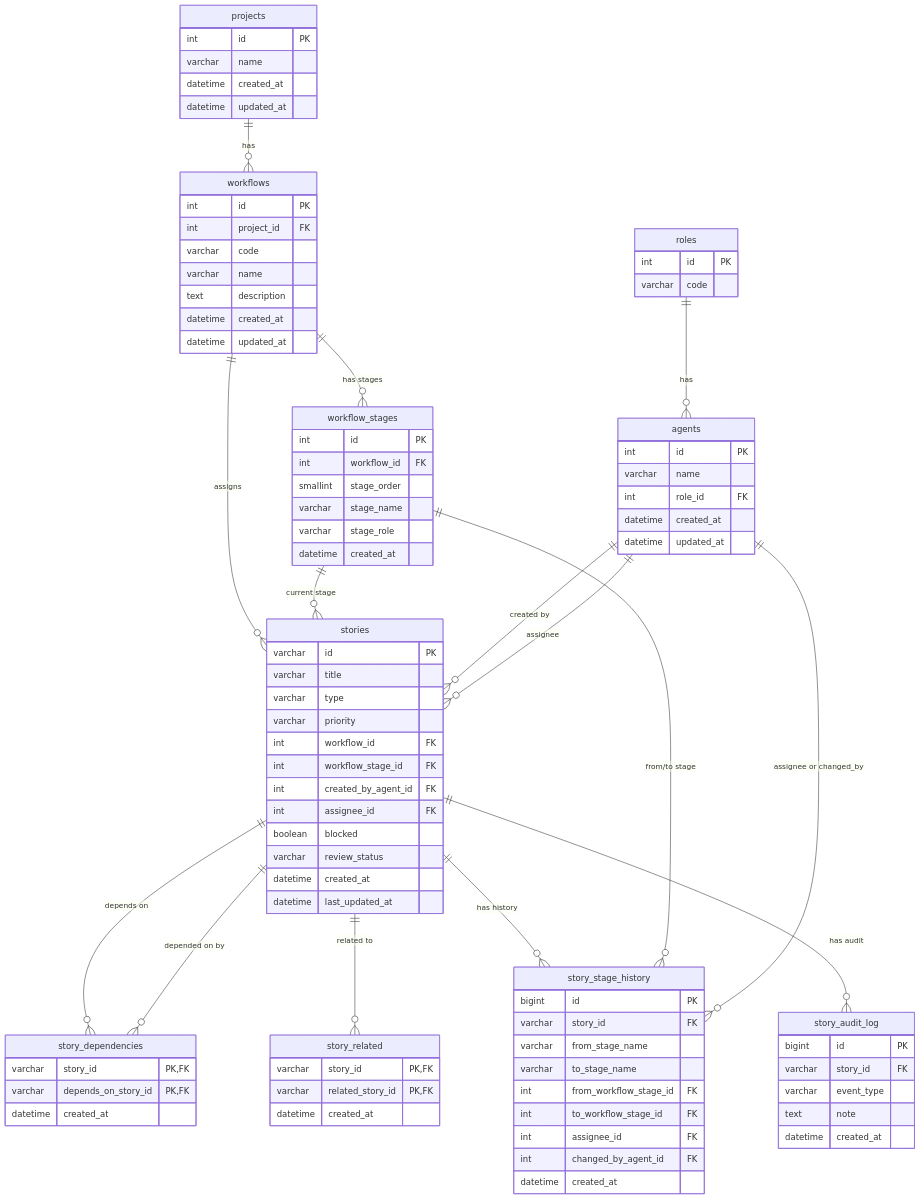
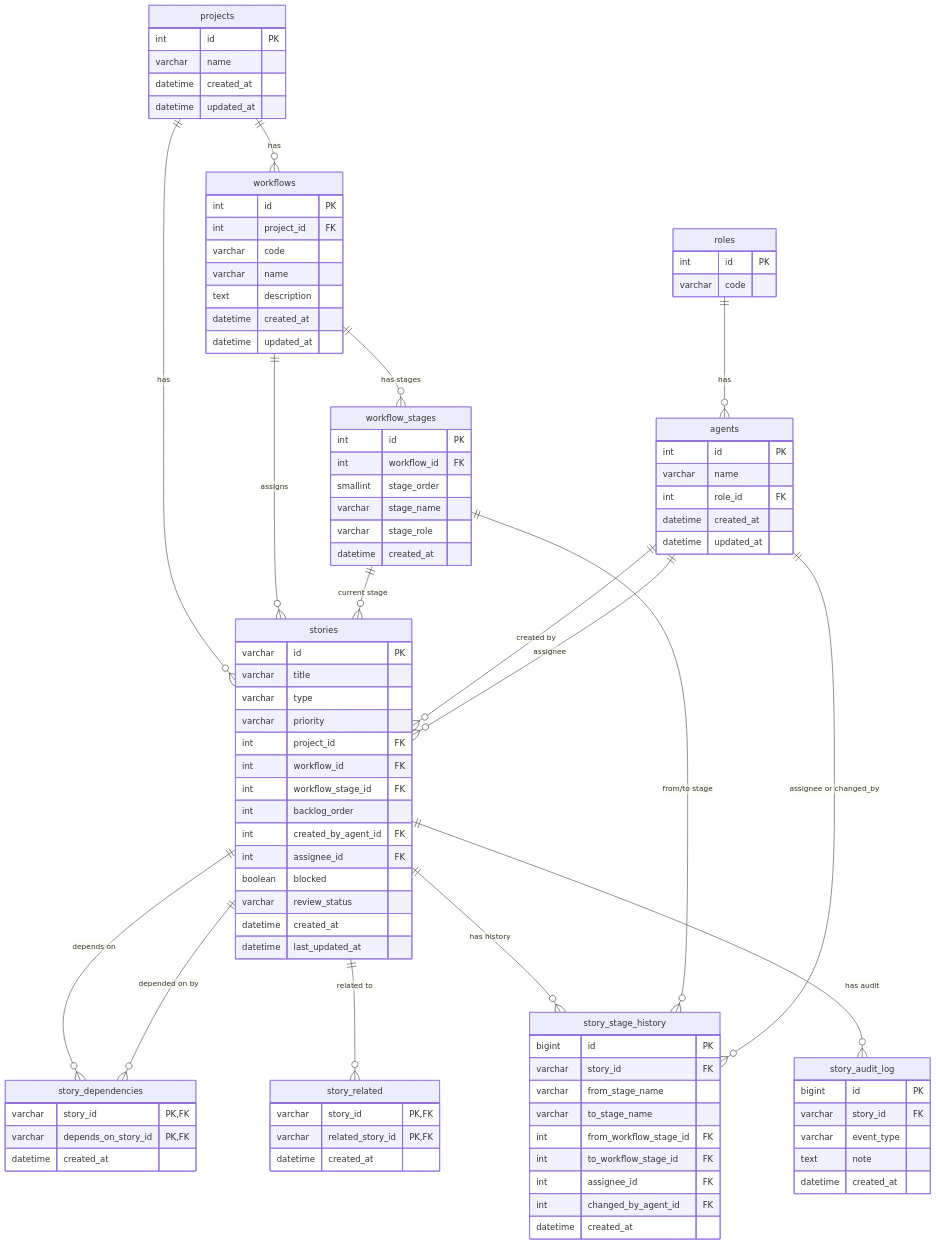
The diagram in trace_hq/database/schema/schema-er.mmd (gar2000b/ai), drawn with Mermaid before and after one commit. The commit also changed 17 other files, not shown here.

Commit message:
Functional update to allow users to move stories around the backlog.

```diff
--- a/trace_hq/database/schema/schema-er.mmd
+++ b/trace_hq/database/schema/schema-er.mmd
@@ -1,105 +1,108 @@
 %% Entity-Relationship diagram: Trace HQ Open Workflows schema
 %% Renders in any Mermaid-supported viewer (GitHub, VS Code, etc.)
 %% Generated from database/schema/*.sql
 
 erDiagram
   projects {
     int id PK
     varchar name
     datetime created_at
     datetime updated_at
   }
 
   workflows {
     int id PK
     int project_id FK
     varchar code
     varchar name
     text description
     datetime created_at
     datetime updated_at
   }
 
   workflow_stages {
     int id PK
     int workflow_id FK
     smallint stage_order
     varchar stage_name
     varchar stage_role
     datetime created_at
   }
 
   roles {
     int id PK
     varchar code
   }
 
   agents {
     int id PK
     varchar name
     int role_id FK
     datetime created_at
     datetime updated_at
   }
 
   stories {
     varchar id PK
     varchar title
     varchar type
     varchar priority
+    int project_id FK
     int workflow_id FK
     int workflow_stage_id FK
+    int backlog_order
     int created_by_agent_id FK
     int assignee_id FK
     boolean blocked
     varchar review_status
     datetime created_at
     datetime last_updated_at
   }
 
   story_dependencies {
     varchar story_id PK,FK
     varchar depends_on_story_id PK,FK
     datetime created_at
   }
 
   story_related {
     varchar story_id PK,FK
     varchar related_story_id PK,FK
     datetime created_at
   }
 
   story_stage_history {
     bigint id PK
     varchar story_id FK
     varchar from_stage_name
     varchar to_stage_name
     int from_workflow_stage_id FK
     int to_workflow_stage_id FK
     int assignee_id FK
     int changed_by_agent_id FK
     datetime created_at
   }
 
   story_audit_log {
     bigint id PK
     varchar story_id FK
     varchar event_type
     text note
     datetime created_at
   }
 
   projects ||--o{ workflows : "has"
+  projects ||--o{ stories : "has"
   workflows ||--o{ workflow_stages : "has stages"
   roles ||--o{ agents : "has"
   workflows ||--o{ stories : "assigns"
   workflow_stages ||--o{ stories : "current stage"
   agents ||--o{ stories : "created by"
   agents ||--o{ stories : "assignee"
   stories ||--o{ story_dependencies : "depends on"
   stories ||--o{ story_dependencies : "depended on by"
   stories ||--o{ story_related : "related to"
   stories ||--o{ story_stage_history : "has history"
   workflow_stages ||--o{ story_stage_history : "from/to stage"
   agents ||--o{ story_stage_history : "assignee or changed_by"
   stories ||--o{ story_audit_log : "has audit"
```
